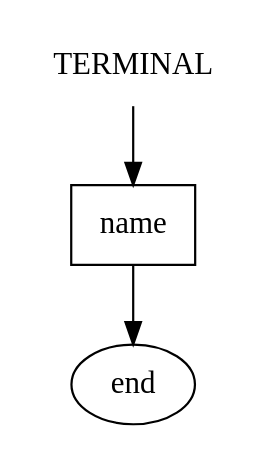
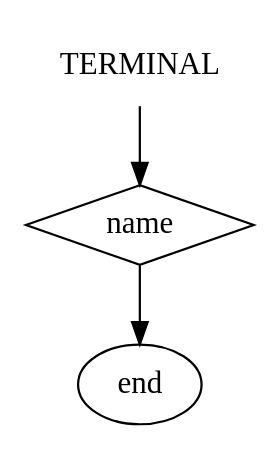
The diagram in _examples/ebnf/terminal.gv (aVorotnikov/dsl_generator), drawn with Graphviz before and after one commit. The commit also changed 6 other files, not shown here.

Commit message:
Update Virt diagrams specification

```diff
--- a/_examples/ebnf/terminal.gv
+++ b/_examples/ebnf/terminal.gv
@@ -1,6 +1,6 @@
 digraph TERMINAL {
     start [label=TERMINAL shape=plaintext]
-    A [label=name shape=box]
+    A [label=name shape=diamond]
     start -> A
     A -> end
 }
```
